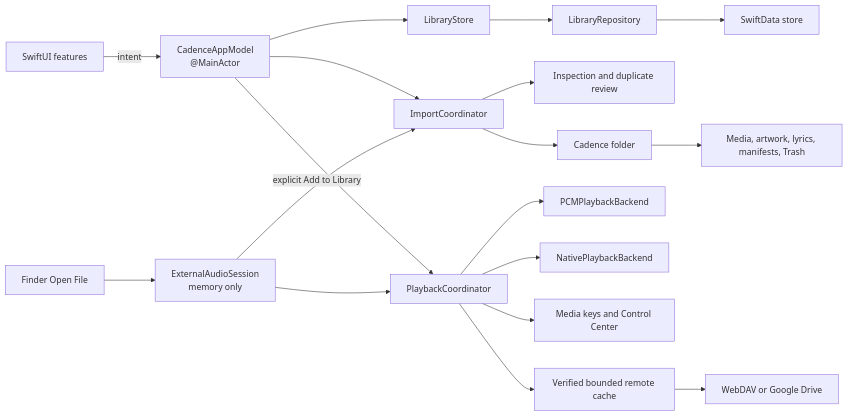
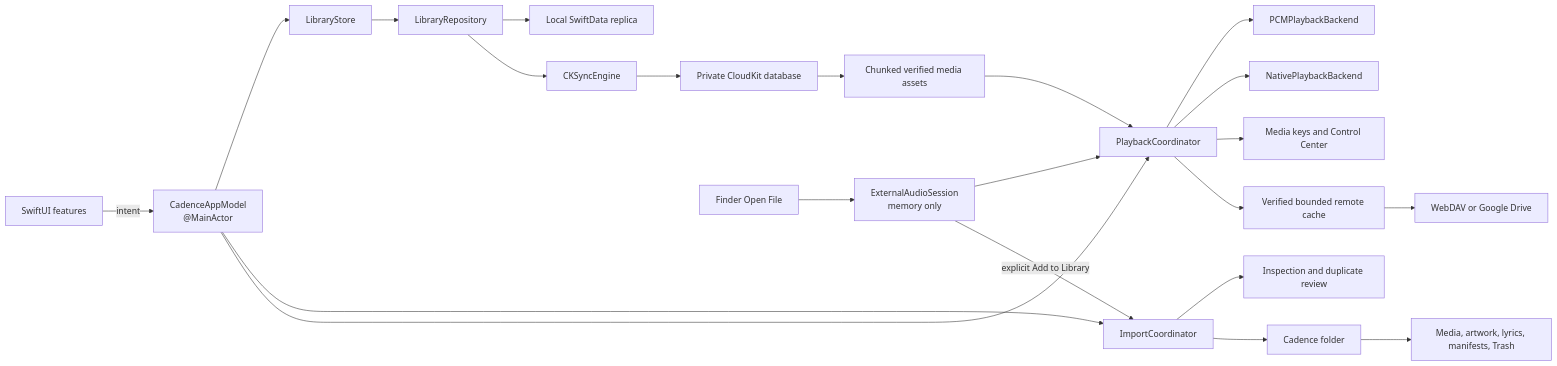
One commit to qenterra/cadence changed the diagram in docs/ARCHITECTURE.md. Above: the diagram before and after it, drawn with Mermaid. The commit also changed other lines of this file and 48 other files, not shown here.

Commit message:
feat: add standalone CloudKit library sync

````diff
--- a/docs/ARCHITECTURE.md
+++ b/docs/ARCHITECTURE.md
@@ -8,20 +8,24 @@
 ```mermaid
 flowchart LR
     UI["SwiftUI features"] -->|"intent"| Model["CadenceAppModel<br/>@MainActor"]
     Model --> Store["LibraryStore"]
     Store --> Repository["LibraryRepository"]
-    Repository --> SwiftData["SwiftData store"]
+    Repository --> SwiftData["Local SwiftData replica"]
+    Repository --> CloudSync["CKSyncEngine"]
+    CloudSync --> CloudKit["Private CloudKit database"]
     Model --> Import["ImportCoordinator"]
     Import --> Inspector["Inspection and duplicate review"]
     Import --> Managed["Cadence folder"]
     Model --> Playback["PlaybackCoordinator"]
     OpenFile["Finder Open File"] --> External["ExternalAudioSession<br/>memory only"]
     External --> Playback
     External -->|"explicit Add to Library"| Import
     Playback --> PCM["PCMPlaybackBackend"]
     Playback --> Native["NativePlaybackBackend"]
     Playback --> System["Media keys and Control Center"]
     Managed --> Media["Media, artwork, lyrics, manifests, Trash"]
+    CloudKit --> CloudMedia["Chunked verified media assets"]
+    CloudMedia --> Playback
     Playback --> RemoteCache["Verified bounded remote cache"]
     RemoteCache --> Providers["WebDAV or Google Drive"]
 ```
````
